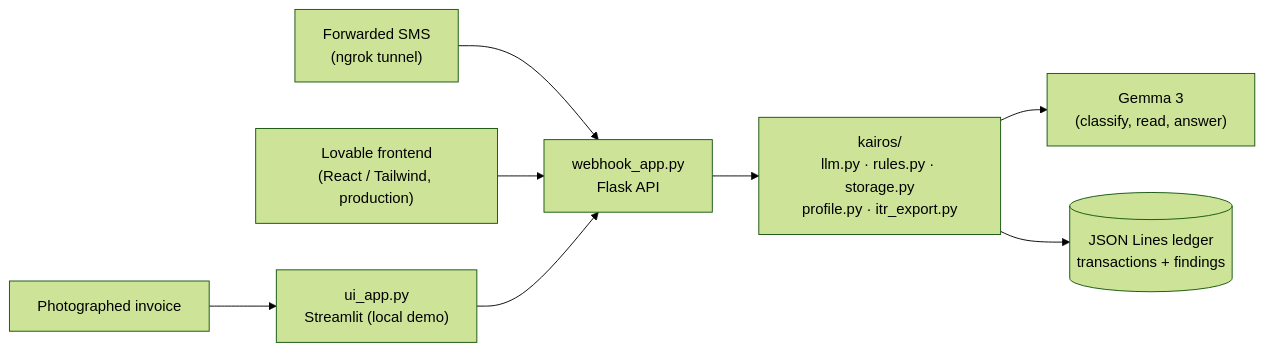
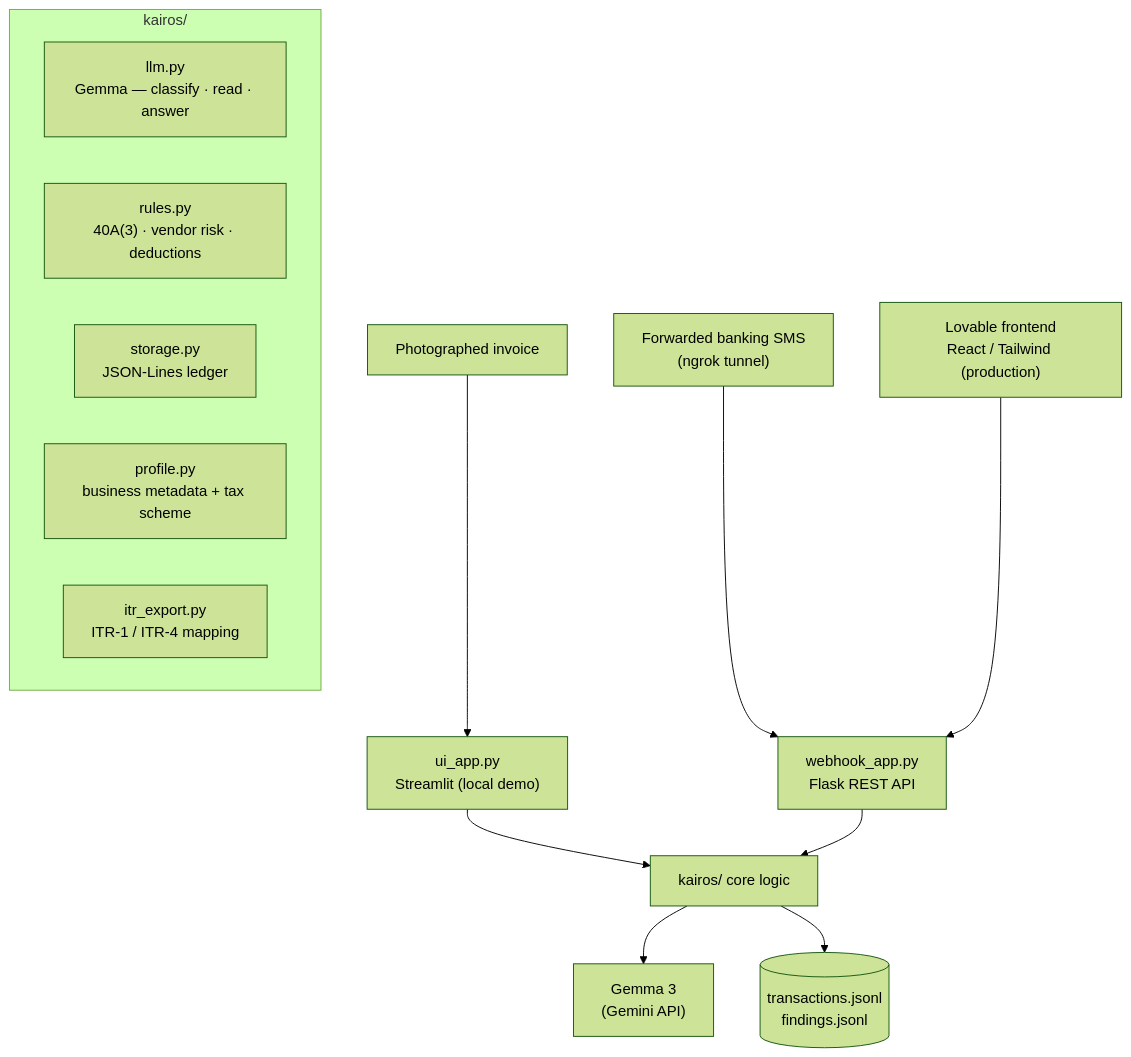
Before and after one commit to shaktivijayas/kairos: the diagram in README.md, drawn with Mermaid (forest theme). The commit also changed other lines of this file, not shown here.

````diff
--- a/README.md
+++ b/README.md
@@ -34,10 +83,19 @@
 ```mermaid
-flowchart LR
-    SMS["Forwarded SMS\n(ngrok tunnel)"] --> Webhook["webhook_app.py\nFlask API"]
-    Camera["Photographed invoice"] --> UI["ui_app.py\nStreamlit (local demo)"]
-    Lovable["Lovable frontend\n(React / Tailwind, production)"] --> Webhook
-    UI --> Webhook
-    Webhook --> Core["kairos/\nllm.py · rules.py · storage.py\nprofile.py · itr_export.py"]
-    Core --> Gemma["Gemma 3\n(classify, read, answer)"]
-    Core --> Ledger[("JSON Lines ledger\ntransactions + findings")]
+flowchart TD
+    SMS["Forwarded banking SMS<br/>(ngrok tunnel)"] --> Webhook["webhook_app.py<br/>Flask REST API"]
+    Camera["Photographed invoice"] --> UI["ui_app.py<br/>Streamlit (local demo)"]
+    Lovable["Lovable frontend<br/>React / Tailwind (production)"] --> Webhook
+    UI --> Core
+    Webhook --> Core["kairos/ core logic"]
+
+    subgraph core["kairos/"]
+        LLM["llm.py<br/>Gemma — classify · read · answer"]
+        Rules["rules.py<br/>40A(3) · vendor risk · deductions"]
+        Store["storage.py<br/>JSON-Lines ledger"]
+        Profile["profile.py<br/>business metadata + tax scheme"]
+        ITR["itr_export.py<br/>ITR-1 / ITR-4 mapping"]
+    end
+
+    Core --> Gemma["Gemma 3<br/>(Gemini API)"]
+    Core --> Ledger[("transactions.jsonl<br/>findings.jsonl")]
 ```
````
